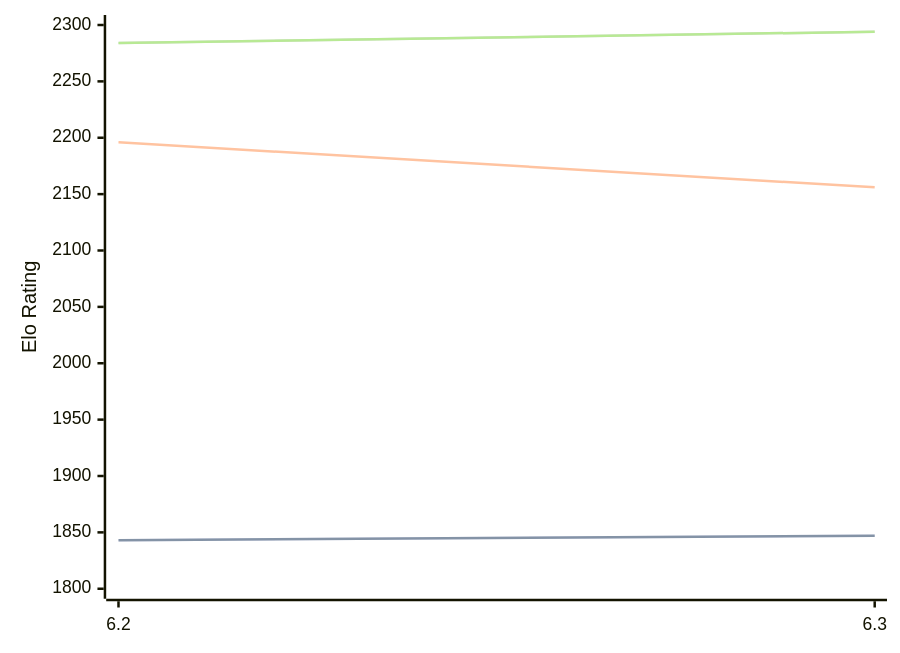
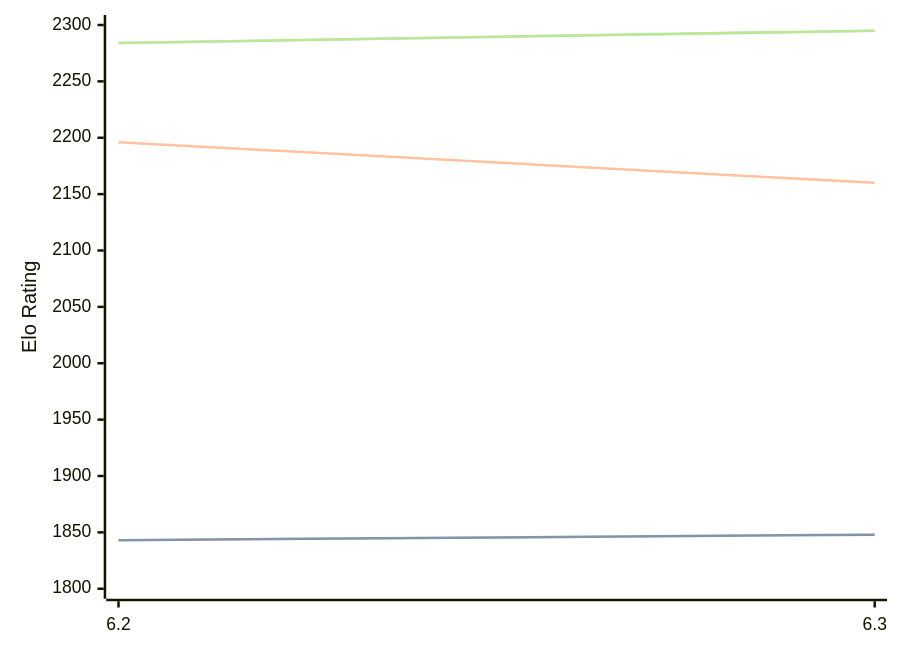
The diagram in engines/chess4j.md (computer-chess-index/cci), drawn with Mermaid before and after one commit. The commit also changed other lines of this file, not shown here.

Commit message:
Update CCI Ratings (ELO VLTC) - 2026-07-20

````diff
--- a/engines/chess4j.md
+++ b/engines/chess4j.md
@@ -38,11 +38,11 @@
 ```mermaid
 %%{init: {"theme":"base","themeVariables":{"seriesColors:['#a3a3a3','#222221','#faa371']}}}%%
 xychart-beta
   x-axis ["6.2", "6.3"]
   y-axis "Elo Rating" 1800 --> 2300
-  line "STC (8.0+0.08s)" [1843, 1847]
-  line "STC (8.0+0.08s)" [1843, 1847]
-  line "LTC (60.0+0.60s)" [2196, 2156]
-  line "VLTC (2m24s+1.12s)" [2284, 2294]
-  line "VLTC (2m24s+1.12s)" [2284, 2294]
+  line "STC (8.0+0.08s)" [1843, 1848]
+  line "STC (8.0+0.08s)" [1843, 1848]
+  line "LTC (60.0+0.60s)" [2196, 2160]
+  line "VLTC (2m24s+1.12s)" [2284, 2295]
+  line "VLTC (2m24s+1.12s)" [2284, 2295]
 ```
````
